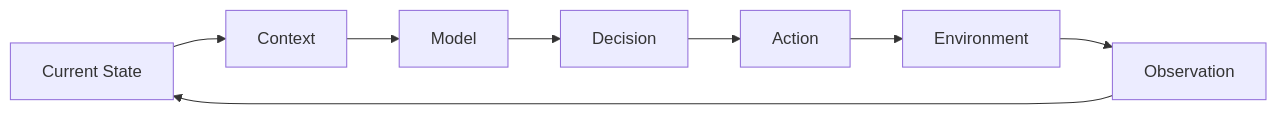
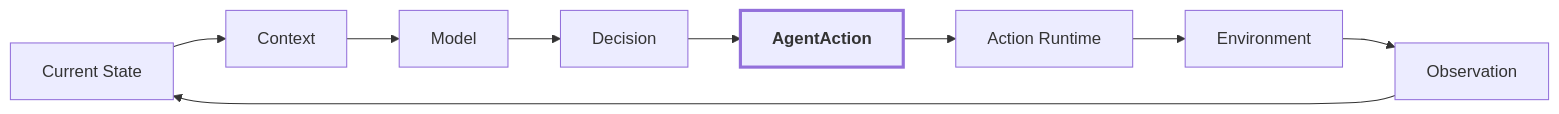
One commit to MaYaoquan/ai-agent-learning changed the third of 5 diagrams in docs/01-agent-fundamentals/03-core-components.md. Above: the diagram before and after it, drawn with Mermaid. The commit also changed other lines of this file, not shown here.

Commit message:
docs: refine core agent component abstractions

````diff
--- a/docs/01-agent-fundamentals/03-core-components.md
+++ b/docs/01-agent-fundamentals/03-core-components.md
@@ -286,10 +298,14 @@
 ```mermaid
 flowchart LR
     A[Current State] --> B[Context]
     B --> C[Model]
     C --> D[Decision]
-    D --> E[Action]
-    E --> F[Environment]
-    F --> G[Observation]
-    G --> A
+    D --> E[AgentAction]
+    E --> F[Action Runtime]
+    F --> G[Environment]
+    G --> H[Observation]
+    H --> A
+
+    classDef focus stroke-width:3px,font-weight:bold;
+    class E focus;
 ```
````
